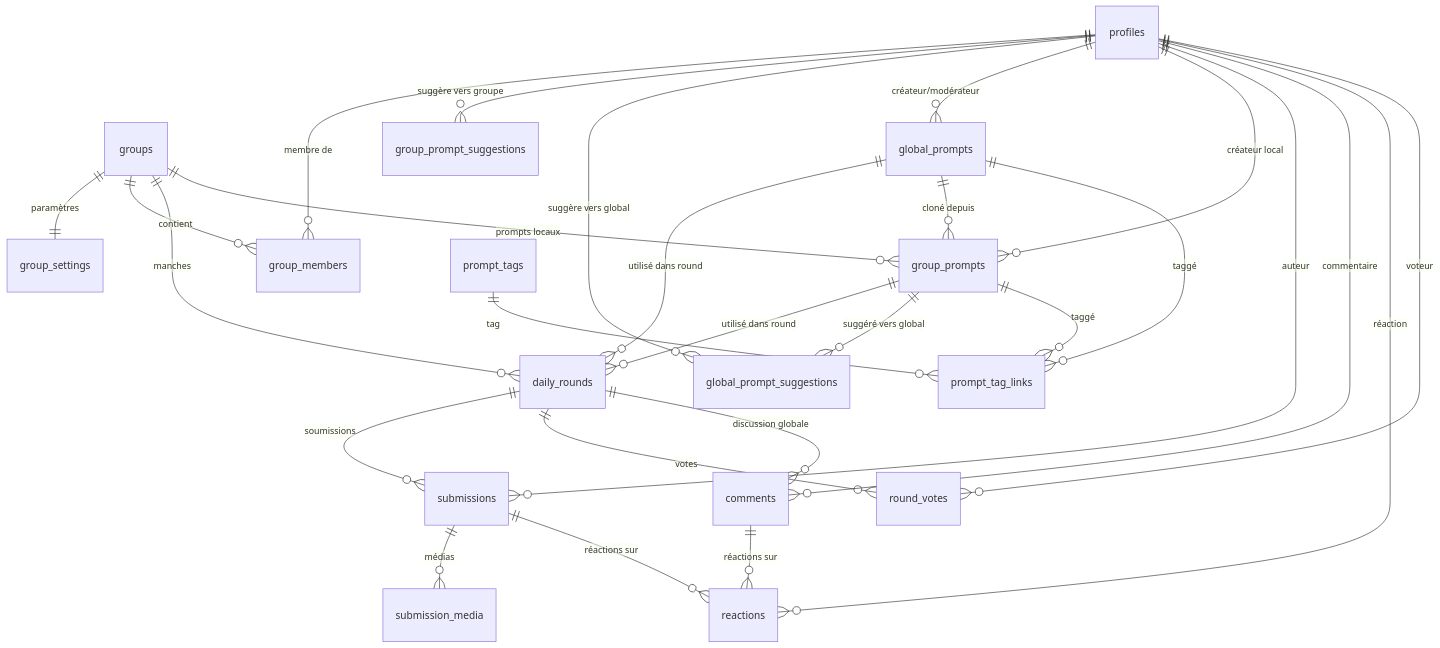
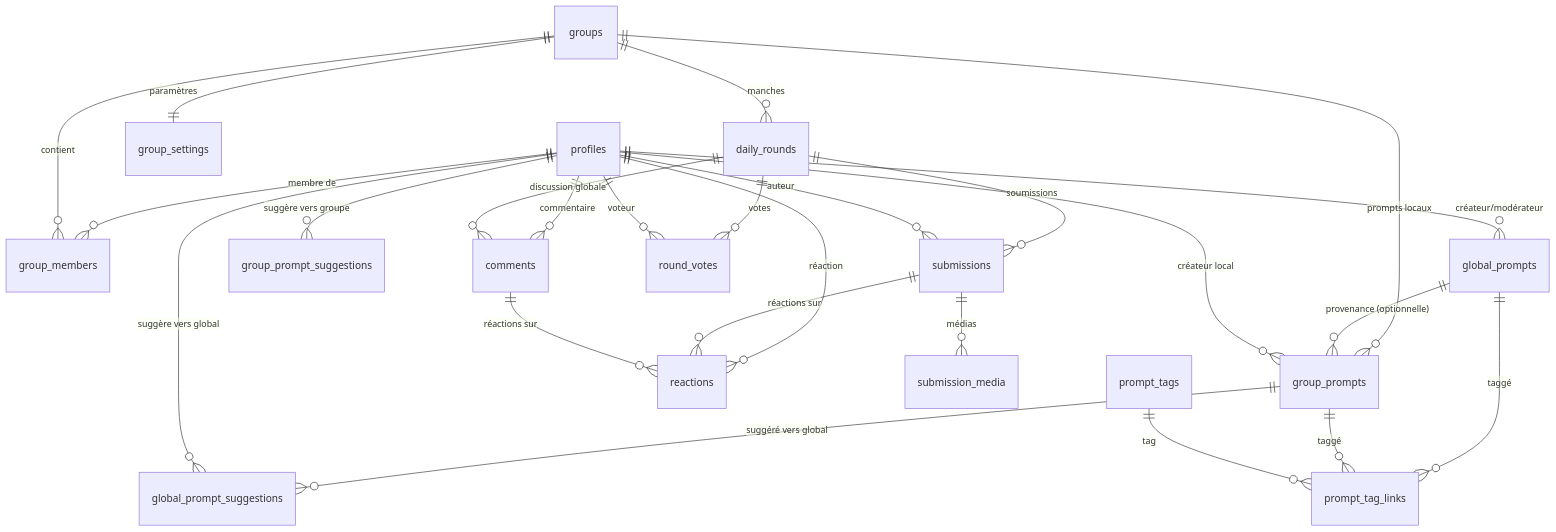
One commit to Adrien490/jimboa changed the second of 5 diagrams in README.md. Above: the diagram before and after it, drawn with Mermaid. The commit also changed other lines of this file, not shown here.

````diff
--- a/README.md
+++ b/README.md
@@ -156,29 +135,27 @@
 ```mermaid
 erDiagram
     profiles ||--o{ group_members : "membre de"
     groups ||--|| group_settings : "paramètres"
     groups ||--o{ group_members : "contient"
     groups ||--o{ daily_rounds : "manches"
     groups ||--o{ group_prompts : "prompts locaux"
-    global_prompts ||--o{ daily_rounds : "utilisé dans round"
-    group_prompts ||--o{ daily_rounds : "utilisé dans round"
-    global_prompts ||--o{ group_prompts : "cloné depuis"
+    global_prompts ||--o{ group_prompts : "provenance (optionnelle)"
     profiles ||--o{ group_prompt_suggestions : "suggère vers groupe"
     group_prompts ||--o{ global_prompt_suggestions : "suggéré vers global"
     profiles ||--o{ global_prompt_suggestions : "suggère vers global"
     profiles ||--o{ global_prompts : "créateur/modérateur"
     profiles ||--o{ group_prompts : "créateur local"
     daily_rounds ||--o{ submissions : "soumissions"
     daily_rounds ||--o{ round_votes : "votes"
     profiles ||--o{ submissions : "auteur"
     profiles ||--o{ comments : "commentaire"
     profiles ||--o{ reactions : "réaction"
     profiles ||--o{ round_votes : "voteur"
     daily_rounds ||--o{ comments : "discussion globale"
     submissions ||--o{ submission_media : "médias"
     submissions ||--o{ reactions : "réactions sur"
     comments ||--o{ reactions : "réactions sur"
     global_prompts ||--o{ prompt_tag_links : "taggé"
     group_prompts ||--o{ prompt_tag_links : "taggé"
     prompt_tags ||--o{ prompt_tag_links : "tag"
 ```
````
